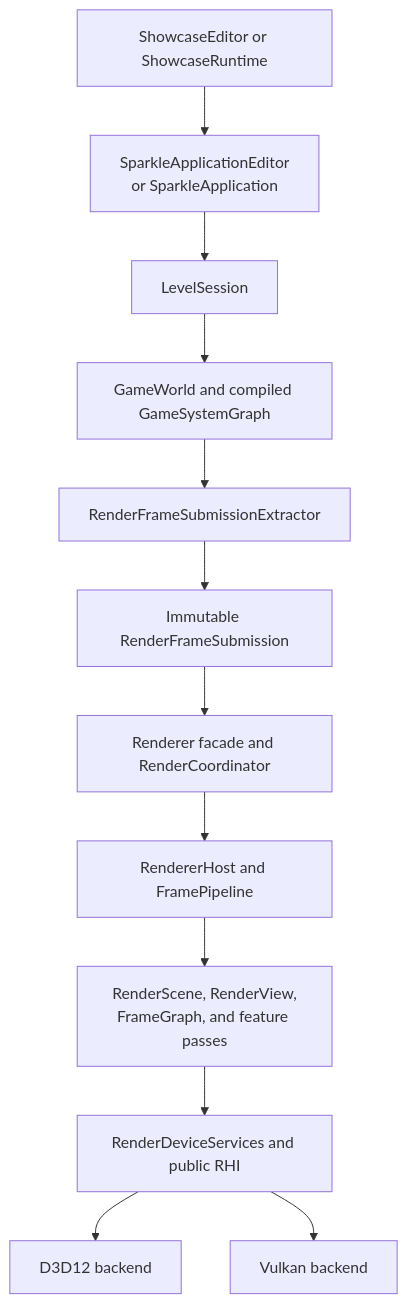
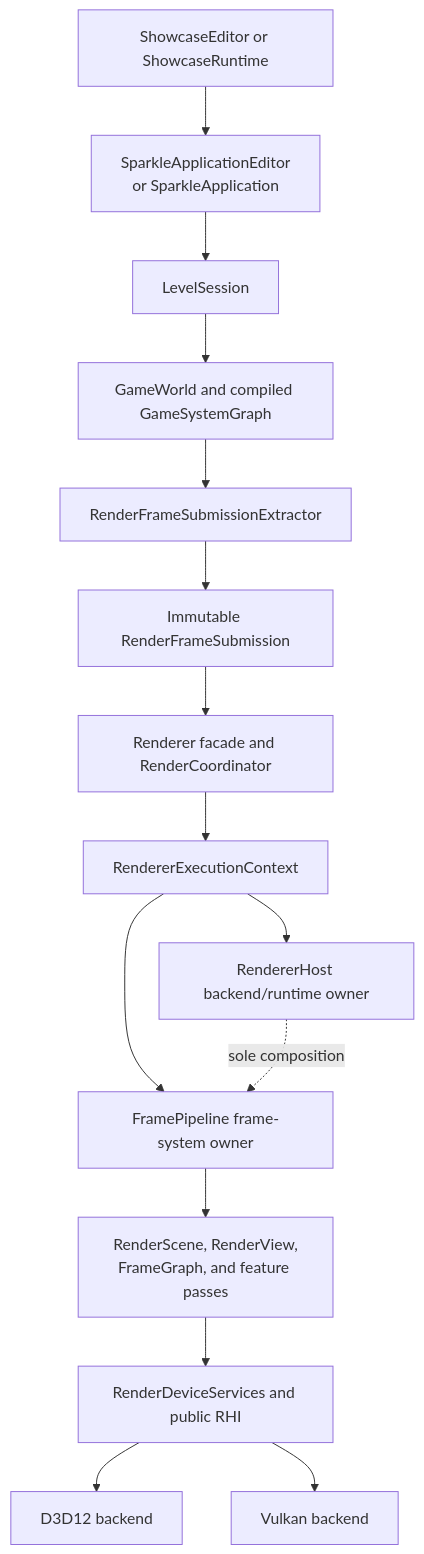
The second of 3 diagrams in Docs/Architecture/WholeRepositoryMap.md (stoleckipawel/SparkleEngine), drawn with Mermaid before and after one commit. The commit also changed other lines of this file and 44 other files, not shown here.

````diff
--- a/Docs/Architecture/WholeRepositoryMap.md
+++ b/Docs/Architecture/WholeRepositoryMap.md
@@ -72,14 +72,17 @@
 ```mermaid
 flowchart TD
     Product[ShowcaseEditor or ShowcaseRuntime] --> App[SparkleApplicationEditor<br/>or SparkleApplication]
     App --> Session[LevelSession]
     Session --> World[GameWorld and compiled GameSystemGraph]
     World --> Extract[RenderFrameSubmissionExtractor]
     Extract --> Submission[Immutable RenderFrameSubmission]
     Submission --> Facade[Renderer facade and RenderCoordinator]
-    Facade --> Host[RendererHost and FramePipeline]
-    Host --> Frame[RenderScene, RenderView,<br/>FrameGraph, and feature passes]
+    Facade --> Context[RendererExecutionContext]
+    Context --> Host[RendererHost backend/runtime owner]
+    Context --> Pipeline[FramePipeline frame-system owner]
+    Host -. sole composition .-> Pipeline
+    Pipeline --> Frame[RenderScene, RenderView,<br/>FrameGraph, and feature passes]
     Frame --> Services[RenderDeviceServices and public RHI]
     Services --> D3D12[D3D12 backend]
     Services --> Vulkan[Vulkan backend]
 ```
````
